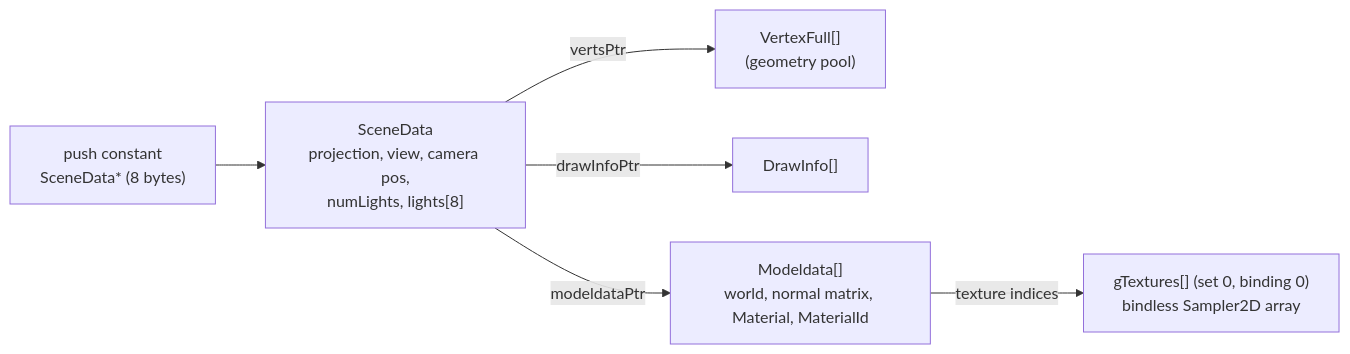
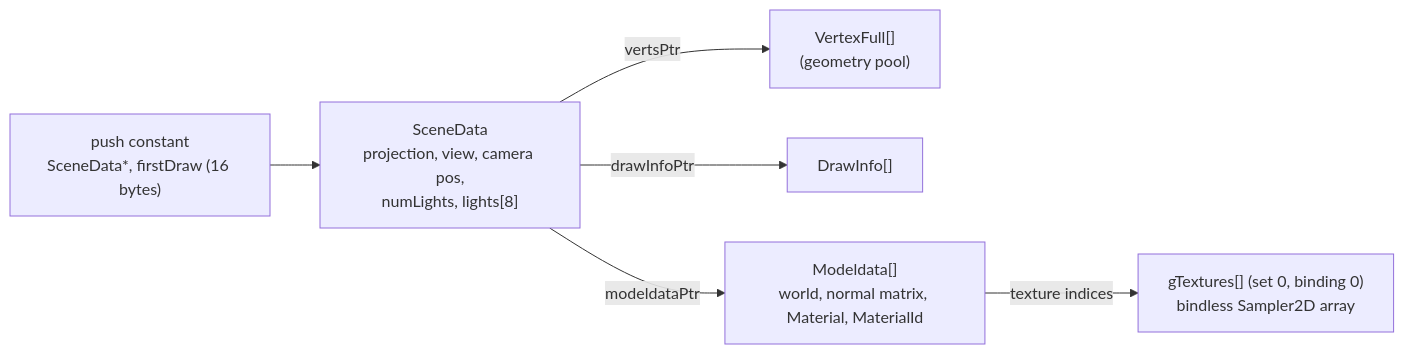
One commit to adel-elmala/rasm changed the third of 3 diagrams in docs/architecture.md. Above: the diagram before and after it, drawn with Mermaid. The commit also changed other lines of this file and 27 other files, not shown here.

````diff
--- a/docs/architecture.md
+++ b/docs/architecture.md
@@ -144,8 +149,8 @@
 ```mermaid
 flowchart LR
-    PC["push constant<br/>SceneData* (8 bytes)"] --> SD["SceneData<br/>projection, view, camera pos,<br/>numLights, lights[8]"]
+    PC["push constant<br/>SceneData*, firstDraw (16 bytes)"] --> SD["SceneData<br/>projection, view, camera pos,<br/>numLights, lights[8]"]
     SD -- vertsPtr --> V["VertexFull[]<br/>(geometry pool)"]
     SD -- drawInfoPtr --> DI["DrawInfo[]"]
     SD -- modeldataPtr --> MD["Modeldata[]<br/>world, normal matrix, Material, MaterialId"]
     MD -- texture indices --> T["gTextures[] (set 0, binding 0)<br/>bindless Sampler2D array"]
 ```
````
